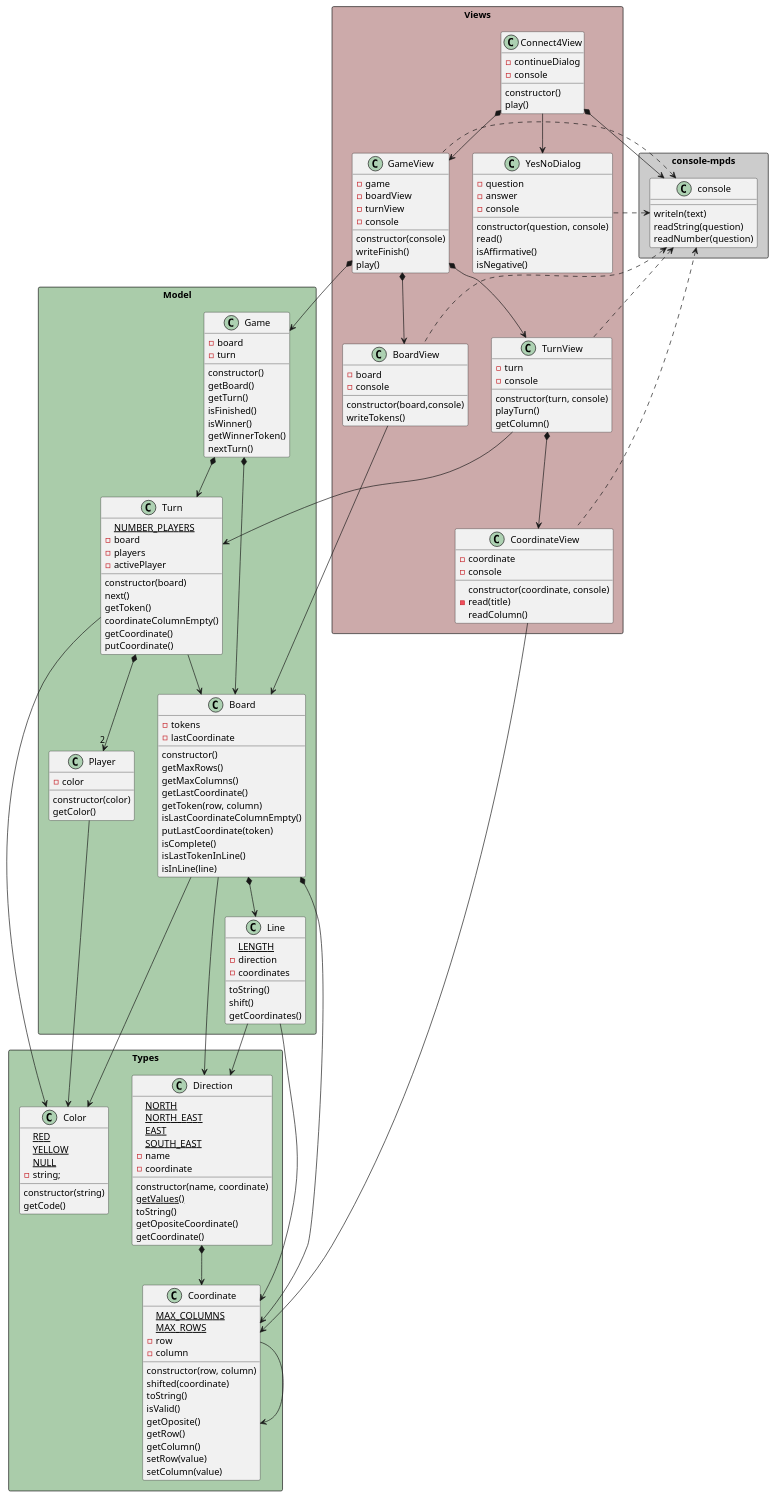
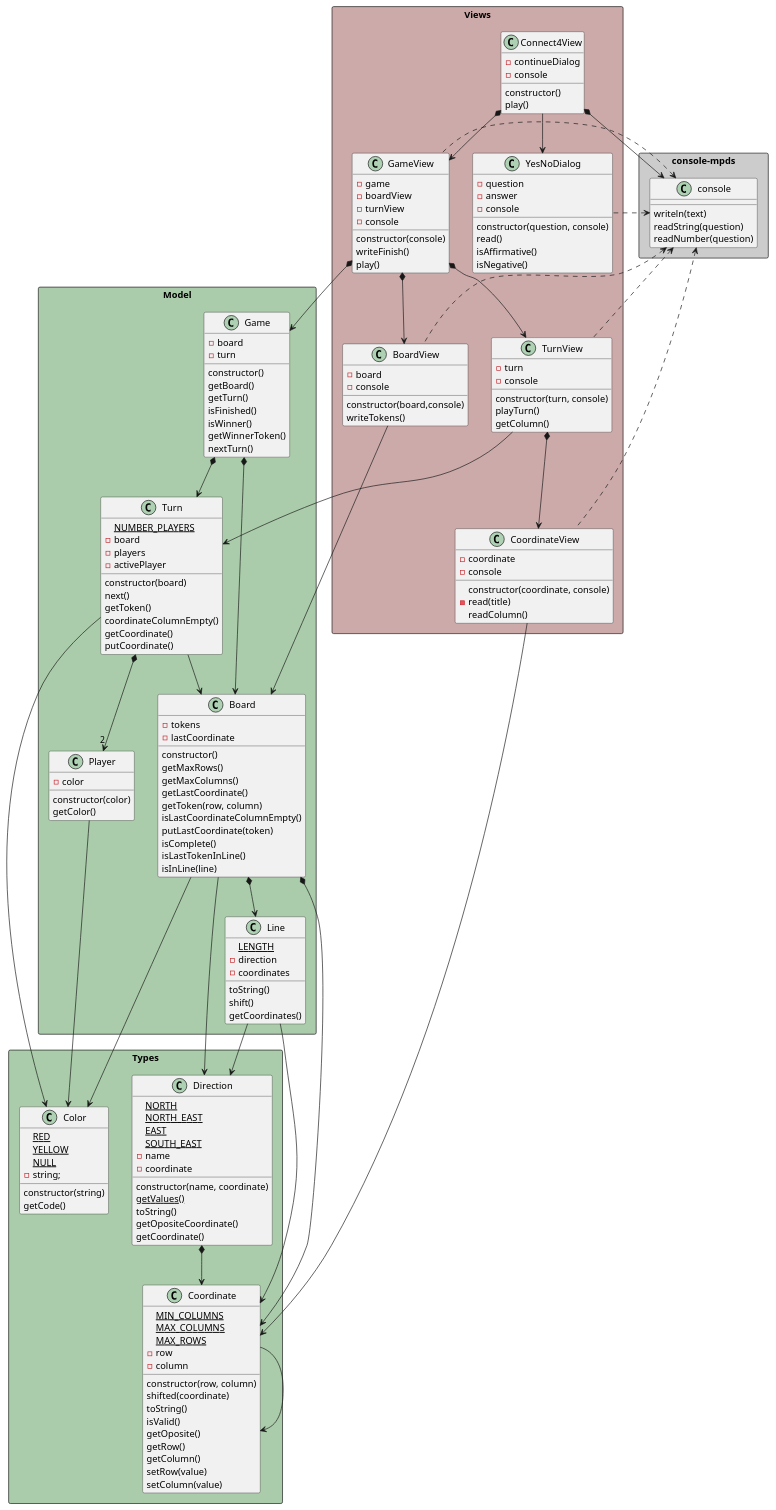
The diagram in game-connect4/docs/diagrams/objectOriented/classNotation/class diagram.plantuml (mpaulaherrero/escuelaIT), drawn with PlantUML before and after one commit. The commit also changed 3 other files, not shown here.

Commit message:
MIN_COLUMNS en coordinate para no numero magico

```diff
--- a/game-connect4/docs/diagrams/objectOriented/classNotation/class diagram.plantuml
+++ b/game-connect4/docs/diagrams/objectOriented/classNotation/class diagram.plantuml
@@ -10,6 +10,7 @@
 
 package "Types" <<Rectangle>> #aca {
     class Coordinate {
+        {static} MIN_COLUMNS
         {static} MAX_COLUMNS
         {static} MAX_ROWS
         -row
```
